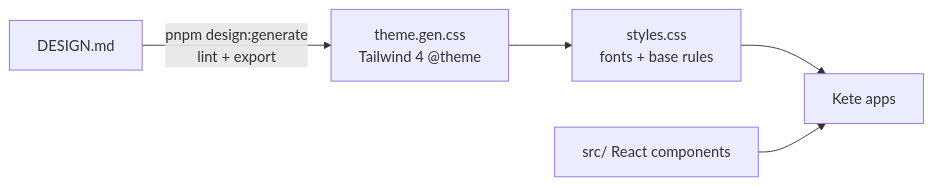
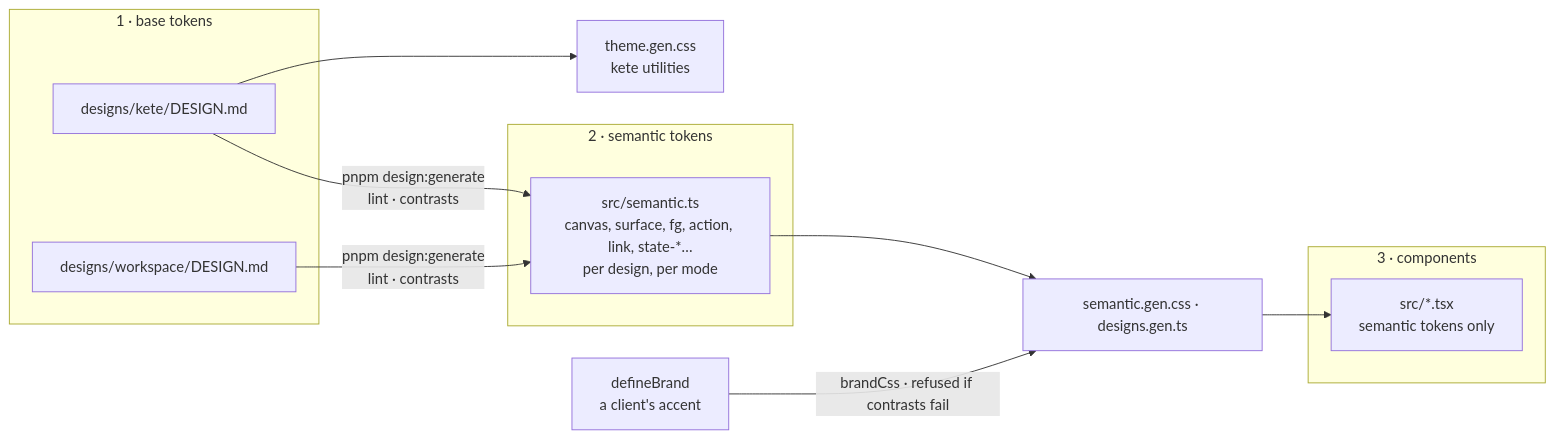
One commit to kete-africa/kete-core changed the diagram in packages/design/README.md. Above: the diagram before and after it, drawn with Mermaid. The commit also changed other lines of this file and 36 other files, not shown here.

First line of the commit message:
feat(design): two designs in three layers, the workspace from copilot-demo, client brands (spec 027)

````diff
--- a/packages/design/README.md
+++ b/packages/design/README.md
@@ -12,7 +14,18 @@
 ```mermaid
 flowchart LR
-    D[DESIGN.md] -->|pnpm design:generate<br/>lint + export| T[theme.gen.css<br/>Tailwind 4 @theme]
-    T --> S[styles.css<br/>fonts + base rules]
-    S --> A[Kete apps]
-    C[src/ React components] --> A
+  subgraph L1[1 · base tokens]
+    K[designs/kete/DESIGN.md]
+    W[designs/workspace/DESIGN.md]
+  end
+  subgraph L2[2 · semantic tokens]
+    M[src/semantic.ts<br/>canvas, surface, fg, action, link, state-*…<br/>per design, per mode]
+  end
+  subgraph L3[3 · components]
+    C[src/*.tsx<br/>semantic tokens only]
+  end
+  K & W -->|pnpm design:generate<br/>lint · contrasts| M
+  M --> G[semantic.gen.css · designs.gen.ts]
+  K --> T[theme.gen.css<br/>kete utilities]
+  G --> C
+  B[defineBrand<br/>a client's accent] -->|brandCss · refused if contrasts fail| G
 ```
````
